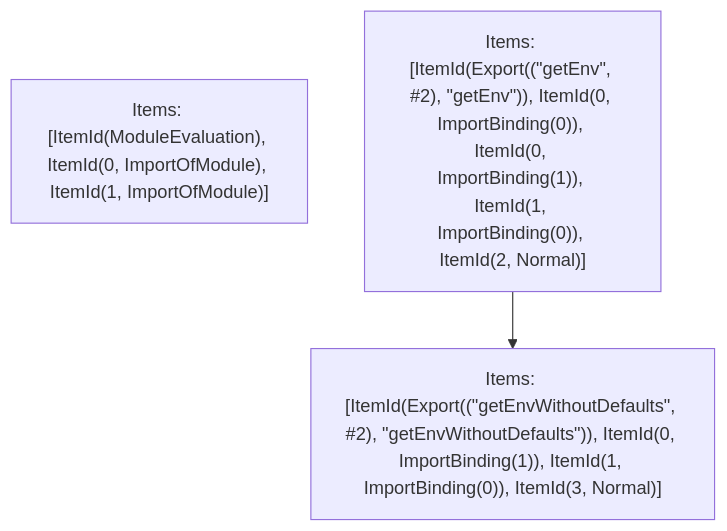
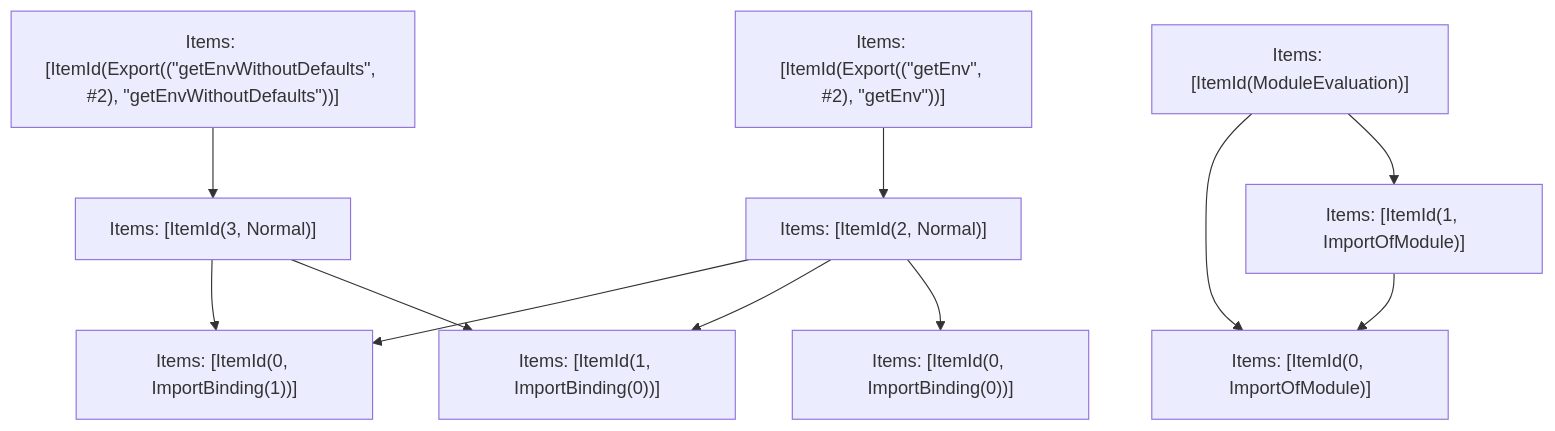
Before and after one commit to vercel/turborepo: the fifth of 5 diagrams in crates/turbopack-ecmascript/tests/tree-shaker/analyzer/otel-core/output.md, drawn with Mermaid. The commit also changed other lines of this file and 72 other files, not shown here.

````diff
--- a/crates/turbopack-ecmascript/tests/tree-shaker/analyzer/otel-core/output.md
+++ b/crates/turbopack-ecmascript/tests/tree-shaker/analyzer/otel-core/output.md
@@ -175,7 +175,23 @@
 ```mermaid
 graph TD
-    N0["Items: [ItemId(ModuleEvaluation), ItemId(0, ImportOfModule), ItemId(1, ImportOfModule)]"];
-    N1["Items: [ItemId(Export((&quot;getEnv&quot;, #2), &quot;getEnv&quot;)), ItemId(0, ImportBinding(0)), ItemId(0, ImportBinding(1)), ItemId(1, ImportBinding(0)), ItemId(2, Normal)]"];
-    N2["Items: [ItemId(Export((&quot;getEnvWithoutDefaults&quot;, #2), &quot;getEnvWithoutDefaults&quot;)), ItemId(0, ImportBinding(1)), ItemId(1, ImportBinding(0)), ItemId(3, Normal)]"];
-    N1 --> N2;
+    N0["Items: [ItemId(0, ImportBinding(0))]"];
+    N1["Items: [ItemId(1, ImportBinding(0))]"];
+    N2["Items: [ItemId(0, ImportBinding(1))]"];
+    N3["Items: [ItemId(3, Normal)]"];
+    N4["Items: [ItemId(Export((&quot;getEnvWithoutDefaults&quot;, #2), &quot;getEnvWithoutDefaults&quot;))]"];
+    N5["Items: [ItemId(2, Normal)]"];
+    N6["Items: [ItemId(Export((&quot;getEnv&quot;, #2), &quot;getEnv&quot;))]"];
+    N7["Items: [ItemId(0, ImportOfModule)]"];
+    N8["Items: [ItemId(1, ImportOfModule)]"];
+    N9["Items: [ItemId(ModuleEvaluation)]"];
+    N8 --> N7;
+    N6 --> N5;
+    N4 --> N3;
+    N5 --> N2;
+    N5 --> N1;
+    N5 --> N0;
+    N3 --> N2;
+    N3 --> N1;
+    N9 --> N7;
+    N9 --> N8;
 ```
````
